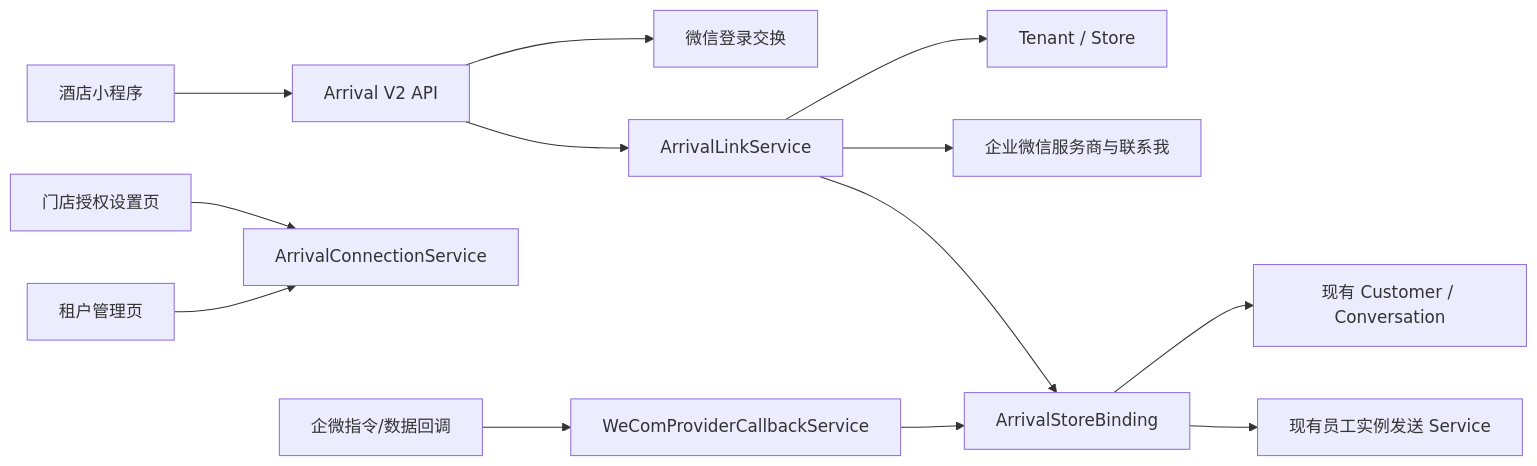
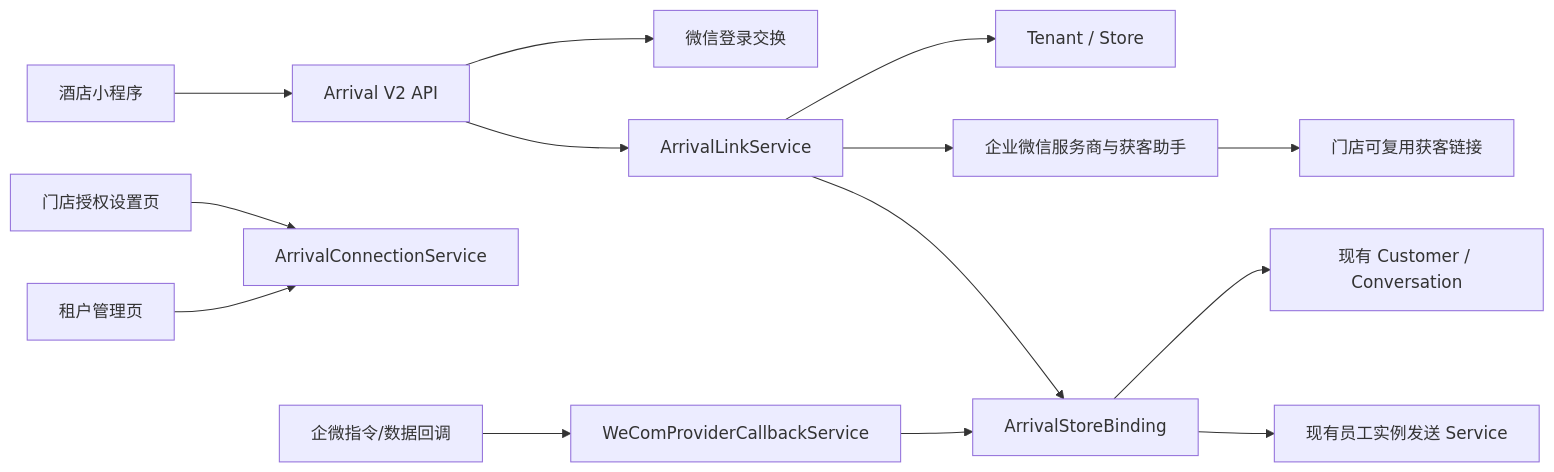
Before and after one commit to 520skyincloud/agentdesk: the diagram in docs/design/arrival-link-engine.md, drawn with Mermaid. The commit also changed other lines of this file and 39 other files, not shown here.

````diff
--- a/docs/design/arrival-link-engine.md
+++ b/docs/design/arrival-link-engine.md
@@ -62,15 +66,16 @@
 ```mermaid
 flowchart LR
     MP["酒店小程序"] --> API["Arrival V2 API"]
     API --> LOGIN["微信登录交换"]
     API --> ARRIVAL["ArrivalLinkService"]
     ARRIVAL --> STORE["Tenant / Store"]
-    ARRIVAL --> CONTACT["企业微信服务商与联系我"]
+    ARRIVAL --> CONTACT["企业微信服务商与获客助手"]
+    CONTACT --> LINK["门店可复用获客链接"]
     ARRIVAL --> BINDING["ArrivalStoreBinding"]
     BINDING --> CUSTOMER["现有 Customer / Conversation"]
     BINDING --> INSTANCE["现有员工实例发送 Service"]
     PORTAL["门店授权设置页"] --> CONNECT["ArrivalConnectionService"]
     ADMIN["租户管理页"] --> CONNECT
     CALLBACK["企微指令/数据回调"] --> PROVIDER["WeComProviderCallbackService"]
     PROVIDER --> BINDING
 ```
````
